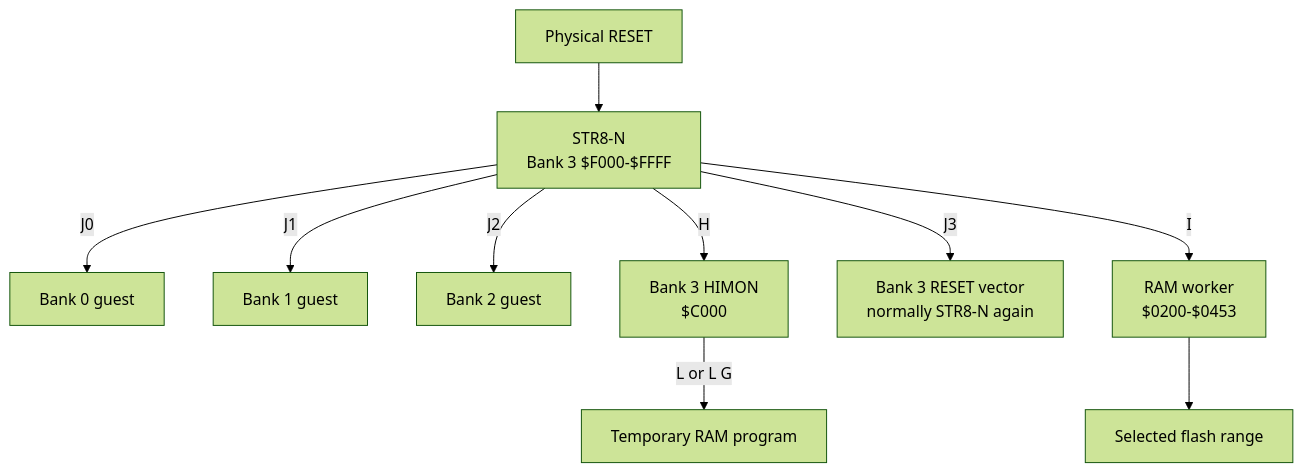
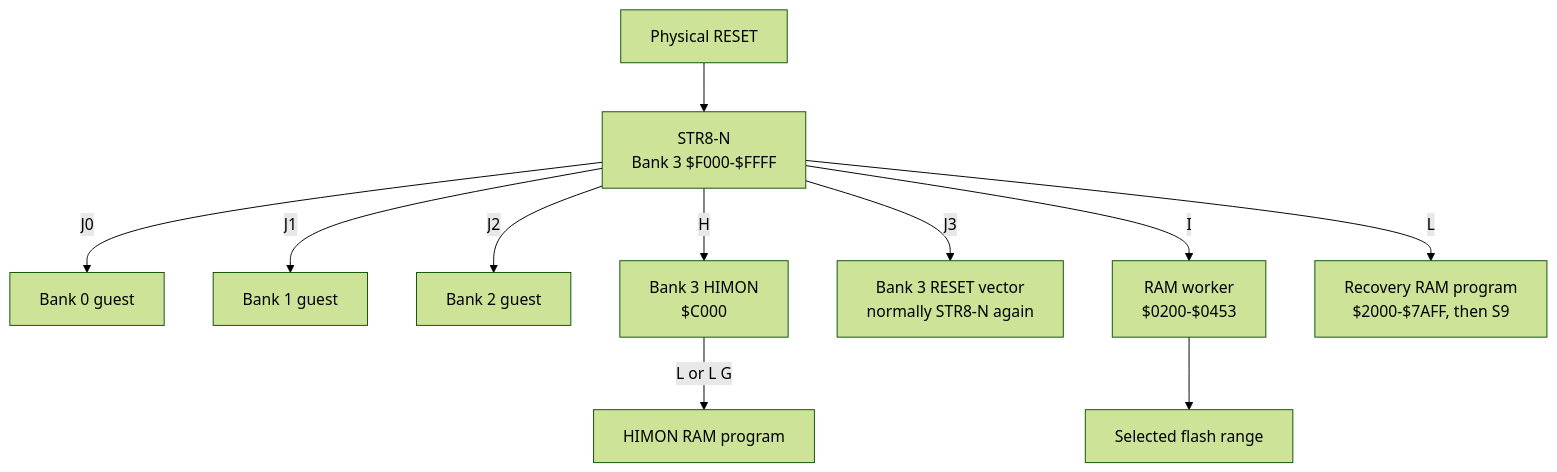
Before and after one commit to 95westus/STR8-N: the first of 7 diagrams in docs/MAPS.md, drawn with Mermaid (forest theme). The commit also changed other lines of this file and 10 other files, not shown here.

Commit message:
Add recovery RAM load-and-run command

````diff
--- a/docs/MAPS.md
+++ b/docs/MAPS.md
@@ -7,12 +7,13 @@
 ```mermaid
 flowchart TB
     RESET[Physical RESET] --> S[STR8-N<br/>Bank 3 $F000-$FFFF]
     S -->|J0| B0[Bank 0 guest]
     S -->|J1| B1[Bank 1 guest]
     S -->|J2| B2[Bank 2 guest]
     S -->|H| B3[Bank 3 HIMON<br/>$C000]
     S -->|J3| R3[Bank 3 RESET vector<br/>normally STR8-N again]
     S -->|I| W[RAM worker<br/>$0200-$0453]
     W --> FLASH[Selected flash range]
-    B3 -->|L or L G| RAM[Temporary RAM program]
+    S -->|L| RAM[Recovery RAM program<br/>$2000-$7AFF, then S9]
+    B3 -->|L or L G| RAM2[HIMON RAM program]
 ```
````
